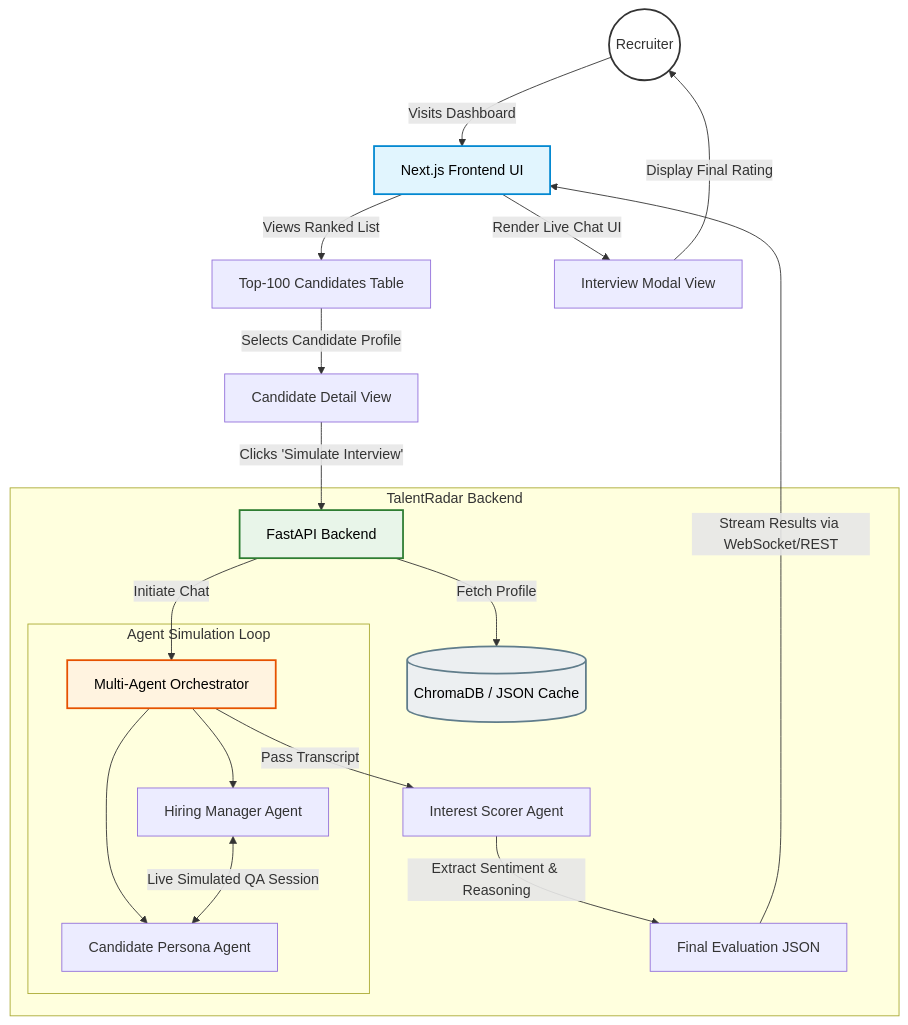
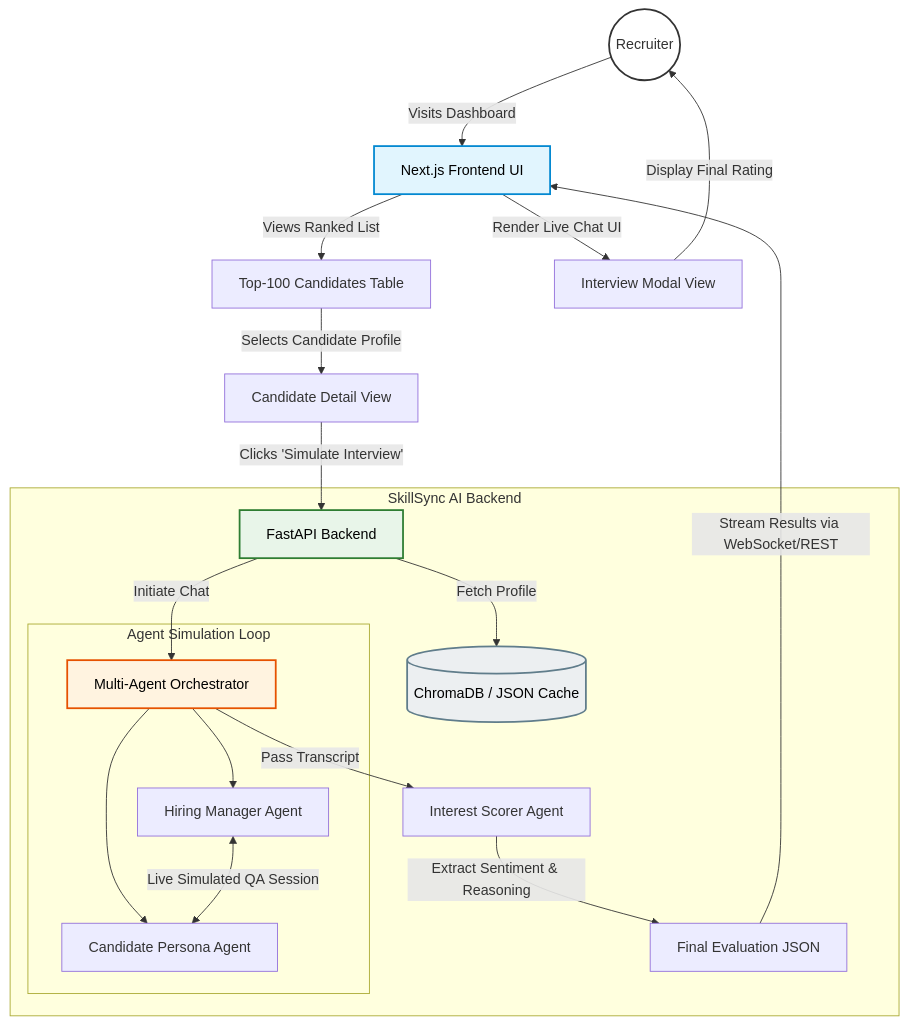
Before and after one commit to Tejayadagani/TalentHunt: the diagram in WEBSITE_WORKFLOW.md, drawn with Mermaid. The commit also changed 25 other files, not shown here.

Commit message:
feat: rebrand to SkillSync AI, fix response rate display, expand JD bypass logic

````diff
--- a/WEBSITE_WORKFLOW.md
+++ b/WEBSITE_WORKFLOW.md
@@ -5,36 +5,36 @@
 ```mermaid
 graph TD
     %% User Interaction
     User((Recruiter)) -->|Visits Dashboard| Web[Next.js Frontend UI]
     Web -->|Views Ranked List| Table[Top-100 Candidates Table]
     Table -->|Selects Candidate Profile| Profile[Candidate Detail View]
     Profile -->|Clicks 'Simulate Interview'| API[FastAPI Backend]
 
     %% Backend Services
-    subgraph TalentRadar Backend
+    subgraph SkillSync AI Backend
         API -->|Fetch Profile| DB[(ChromaDB / JSON Cache)]
         API -->|Initiate Chat| Orchestrator[Multi-Agent Orchestrator]
         
         subgraph Agent Simulation Loop
             Orchestrator --> HM[Hiring Manager Agent]
             Orchestrator --> CP[Candidate Persona Agent]
             
             HM <-->|Live Simulated QA Session| CP
         end
         
         Orchestrator -->|Pass Transcript| Scorer[Interest Scorer Agent]
         Scorer -->|Extract Sentiment & Reasoning| JSON[Final Evaluation JSON]
     end
 
     %% Data Flow Back to User
     JSON -->|Stream Results via WebSocket/REST| Web
     Web -->|Render Live Chat UI| Modal[Interview Modal View]
     Modal -->|Display Final Rating| User
 
     %% Styling
     style User fill:#fff,stroke:#333,stroke-width:2px
     style Web fill:#e1f5fe,stroke:#0288d1,stroke-width:2px,color:#000
     style API fill:#e8f5e9,stroke:#2e7d32,stroke-width:2px,color:#000
     style Orchestrator fill:#fff3e0,stroke:#e65100,stroke-width:2px,color:#000
     style DB fill:#eceff1,stroke:#607d8b,stroke-width:2px,color:#000
 ```
````
